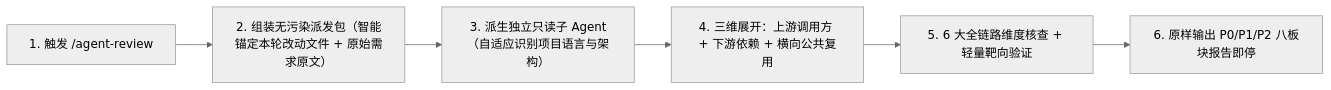
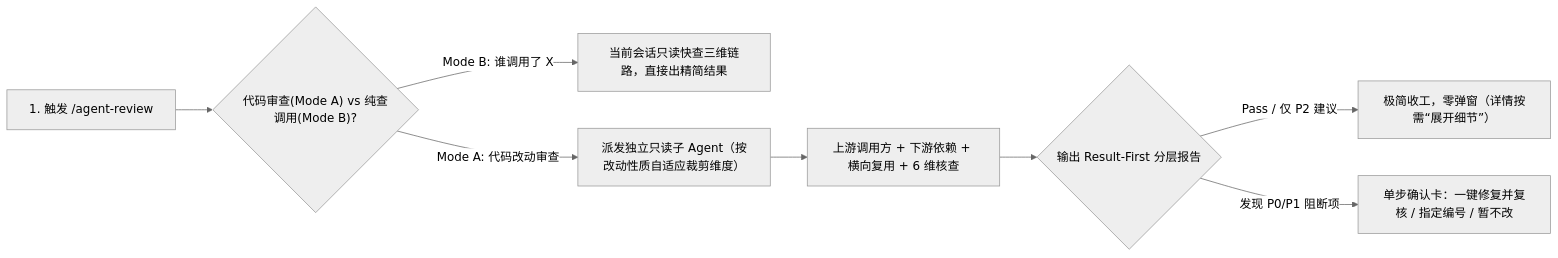
The diagram in skills/agent-review/README.zh-CN.md (lastxuanain/ainward-skills), drawn with Mermaid (neutral theme) before and after one commit. The commit also changed other lines of this file and 10 other files, not shown here.

Commit message:
feat: align work-report, agent-review, and code-sync to Result-First UX

````diff
--- a/skills/agent-review/README.zh-CN.md
+++ b/skills/agent-review/README.zh-CN.md
@@ -26,8 +27,10 @@
 ```mermaid
 flowchart LR
-    A["1. 触发 /agent-review"] --> B["2. 组装无污染派发包（智能锚定本轮改动文件 + 原始需求原文）"]
-    B --> C["3. 派生独立只读子 Agent（自适应识别项目语言与架构）"]
-    C --> D["4. 三维展开：上游调用方 + 下游依赖 + 横向公共复用"]
-    D --> E["5. 6 大全链路维度核查 + 轻量靶向验证"]
-    E --> F["6. 原样输出 P0/P1/P2 八板块报告即停"]
+    A["1. 触发 /agent-review"] --> B{"代码审查(Mode A) vs 纯查调用(Mode B)?"}
+    B -- "Mode B: 谁调用了 X" --> C["当前会话只读快查三维链路，直接出精简结果"]
+    B -- "Mode A: 代码改动审查" --> D["派发独立只读子 Agent（按改动性质自适应裁剪维度）"]
+    D --> E["上游调用方 + 下游依赖 + 横向复用 + 6 维核查"]
+    E --> F{"输出 Result-First 分层报告"}
+    F -- "Pass / 仅 P2 建议" --> G["极简收工，零弹窗（详情按需“展开细节”）"]
+    F -- "发现 P0/P1 阻断项" --> H["单步确认卡：一键修复并复核 / 指定编号 / 暂不改"]
 ```
````
